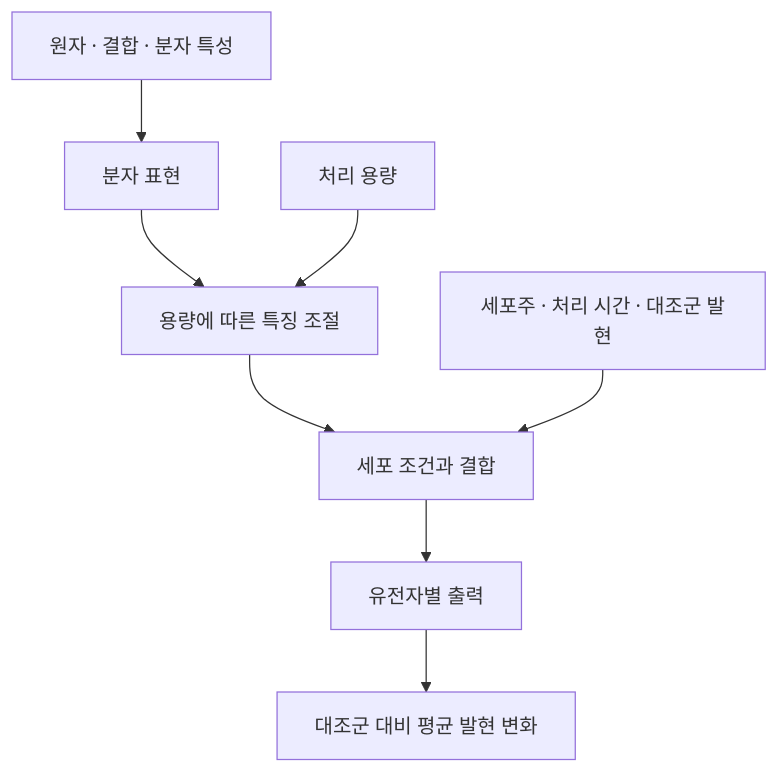
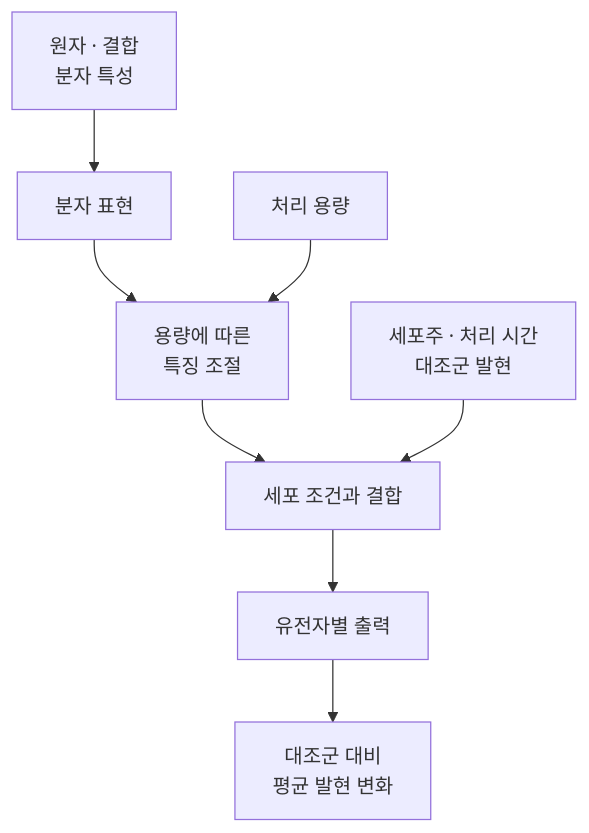
The diagram in projects/drug-response/MODEL.md (kkmmhh113/research-portfolio), drawn with Mermaid before and after one commit. The commit also changed other lines of this file and 4 other files, not shown here.

Commit message:
Polish diagram labels and compact project overview tables

````diff
--- a/projects/drug-response/MODEL.md
+++ b/projects/drug-response/MODEL.md
@@ -11,10 +11,10 @@
 ```mermaid
 flowchart TD
-    A["원자 · 결합 · 분자 특성"] --> P["분자 표현"]
-    P --> D["용량에 따른 특징 조절"]
+    A["원자 · 결합<br/>분자 특성"] --> P["분자 표현"]
+    P --> D["용량에 따른<br/>특징 조절"]
     Dose["처리 용량"] --> D
     D --> C["세포 조건과 결합"]
-    Context["세포주 · 처리 시간 · 대조군 발현"] --> C
+    Context["세포주 · 처리 시간<br/>대조군 발현"] --> C
     C --> R["유전자별 출력"]
-    R --> Y["대조군 대비 평균 발현 변화"]
+    R --> Y["대조군 대비<br/>평균 발현 변화"]
 ```
````
